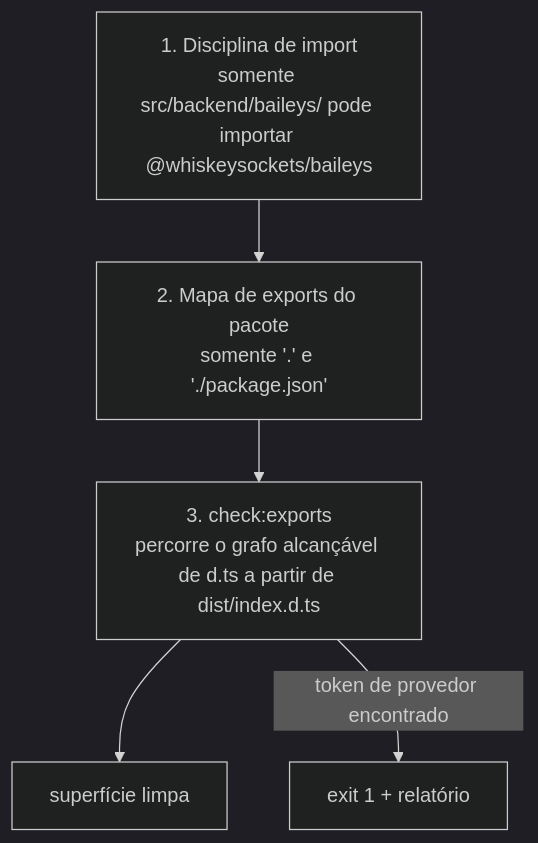
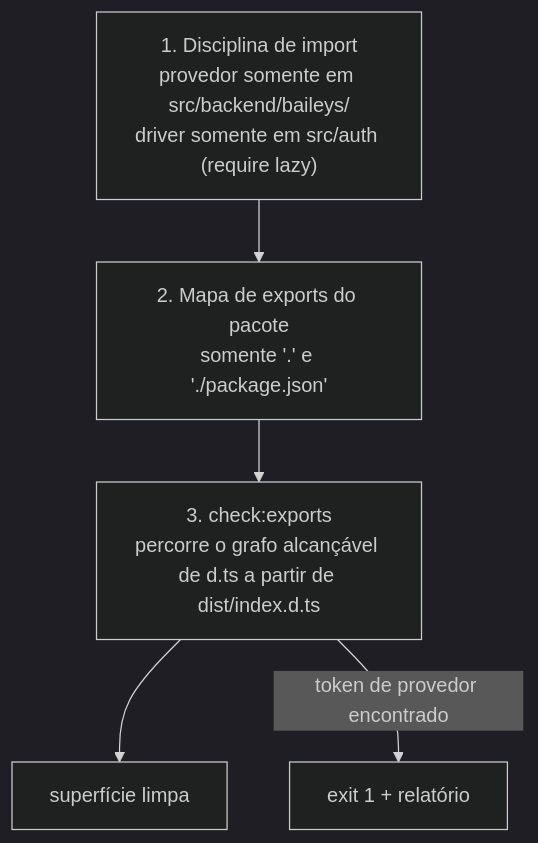
The diagram in pt-BR/development/public-api-guard.md (Gustavo10Destroyer/libwa-docs), drawn with Mermaid (dark theme) before and after one commit. The commit also changed other lines of this file and 29 other files, not shown here.

````diff
--- a/pt-BR/development/public-api-guard.md
+++ b/pt-BR/development/public-api-guard.md
@@ -13,7 +13,7 @@
 ```mermaid
 flowchart TD
-    L1["1. Disciplina de import<br/>somente src/backend/baileys/ pode importar @whiskeysockets/baileys"] --> L2
+    L1["1. Disciplina de import<br/>provedor somente em src/backend/baileys/<br/>driver somente em src/auth (require lazy)"] --> L2
     L2["2. Mapa de exports do pacote<br/>somente '.' e './package.json'"] --> L3
     L3["3. check:exports<br/>percorre o grafo alcançável de d.ts a partir de dist/index.d.ts"] --> OK["superfície limpa"]
     L3 -->|"token de provedor encontrado"| FAIL["exit 1 + relatório"]
 ```
````
